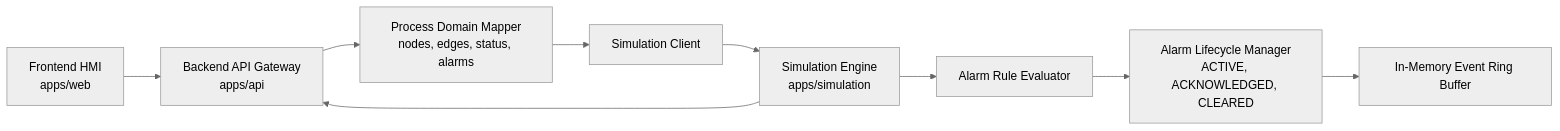
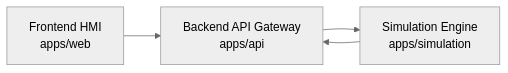
One commit to dimbo1324/smr-digital-twin-platform-r changed the diagram in docs/architecture.md. Above: the diagram before and after it, drawn with Mermaid (neutral theme). The commit also changed other lines of this file and 79 other files, not shown here.

````diff
--- a/docs/architecture.md
+++ b/docs/architecture.md
@@ -5,11 +5,6 @@
 ```mermaid
 flowchart LR
     Web["Frontend HMI<br/>apps/web"] --> API["Backend API Gateway<br/>apps/api"]
-    API --> Process["Process Domain Mapper<br/>nodes, edges, status, alarms"]
-    Process --> SimulationClient["Simulation Client"]
-    SimulationClient --> Simulation["Simulation Engine<br/>apps/simulation"]
-    Simulation --> Evaluator["Alarm Rule Evaluator"]
-    Evaluator --> Lifecycle["Alarm Lifecycle Manager<br/>ACTIVE, ACKNOWLEDGED, CLEARED"]
-    Lifecycle --> EventLog["In-Memory Event Ring Buffer"]
+    API --> Simulation["Simulation Engine<br/>apps/simulation"]
     Simulation --> API
 ```
````
